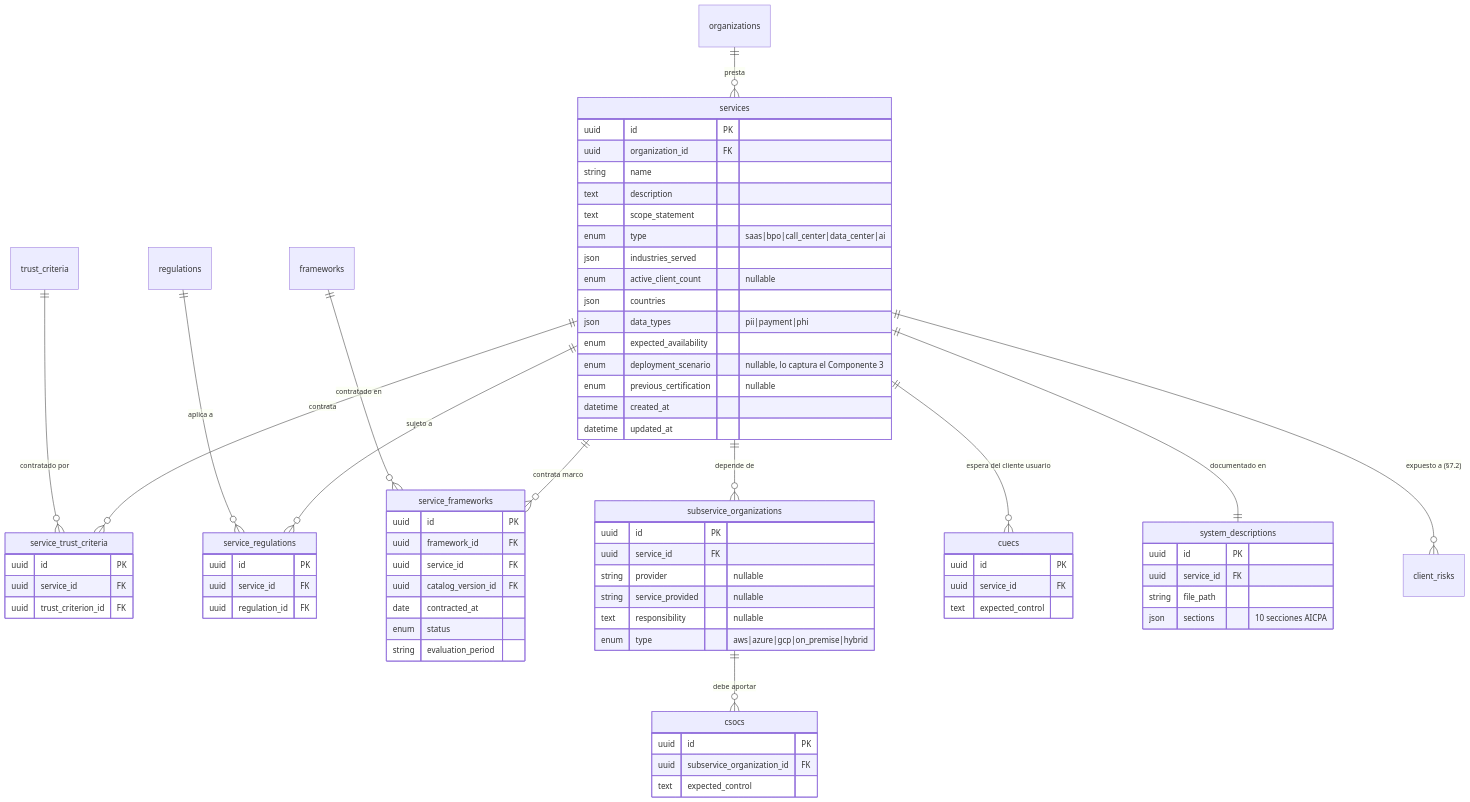
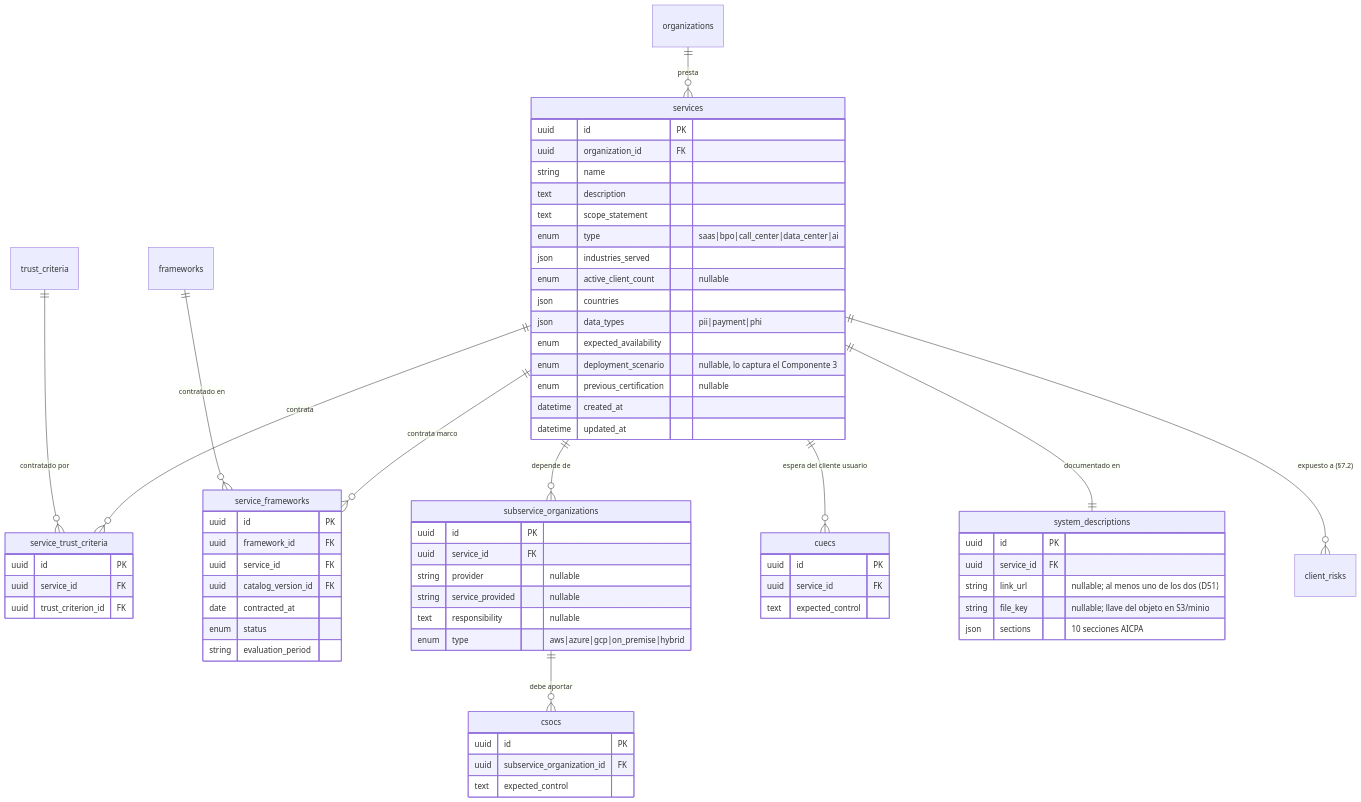
The ninth of 16 diagrams in skills/product/monkey-compliance-council/references/modelo-datos.md (Monkey-GRC/Monkey-Brain-IA), drawn with Mermaid before and after one commit. The commit also changed other lines of this file and 10 other files, not shown here.

````diff
--- a/skills/product/monkey-compliance-council/references/modelo-datos.md
+++ b/skills/product/monkey-compliance-council/references/modelo-datos.md
@@ -1136,75 +1137,69 @@
 ```mermaid
 erDiagram
     services {
         uuid id PK
         uuid organization_id FK
         string name
         text description
         text scope_statement
         enum type "saas|bpo|call_center|data_center|ai"
         json industries_served
         enum active_client_count "nullable"
         json countries
         json data_types "pii|payment|phi"
         enum expected_availability
         enum deployment_scenario "nullable, lo captura el Componente 3"
         enum previous_certification "nullable"
         datetime created_at
         datetime updated_at
     }
     service_trust_criteria {
         uuid id PK
         uuid service_id FK
         uuid trust_criterion_id FK
-    }
-    service_regulations {
-        uuid id PK
-        uuid service_id FK
-        uuid regulation_id FK
     }
     service_frameworks {
         uuid id PK
         uuid framework_id FK
         uuid service_id FK
         uuid catalog_version_id FK
         date contracted_at
         enum status
         string evaluation_period
     }
     subservice_organizations {
         uuid id PK
         uuid service_id FK
         string provider "nullable"
         string service_provided "nullable"
         text responsibility "nullable"
         enum type "aws|azure|gcp|on_premise|hybrid"
     }
     csocs {
         uuid id PK
         uuid subservice_organization_id FK
         text expected_control
     }
     cuecs {
         uuid id PK
         uuid service_id FK
         text expected_control
     }
     system_descriptions {
         uuid id PK
         uuid service_id FK
-        string file_path
+        string link_url "nullable; al menos uno de los dos (D51)"
+        string file_key "nullable; llave del objeto en S3/minio"
         json sections "10 secciones AICPA"
     }
     organizations ||--o{ services : "presta"
     services ||--o{ service_trust_criteria : "contrata"
     trust_criteria ||--o{ service_trust_criteria : "contratado por"
-    services ||--o{ service_regulations : "sujeto a"
-    regulations ||--o{ service_regulations : "aplica a"
     services ||--o{ service_frameworks : "contrata marco"
     frameworks ||--o{ service_frameworks : "contratado en"
     services ||--o{ subservice_organizations : "depende de"
     subservice_organizations ||--o{ csocs : "debe aportar"
     services ||--o{ cuecs : "espera del cliente usuario"
     services ||--|| system_descriptions : "documentado en"
     services ||--o{ client_risks : "expuesto a (§7.2)"
 ```
````
